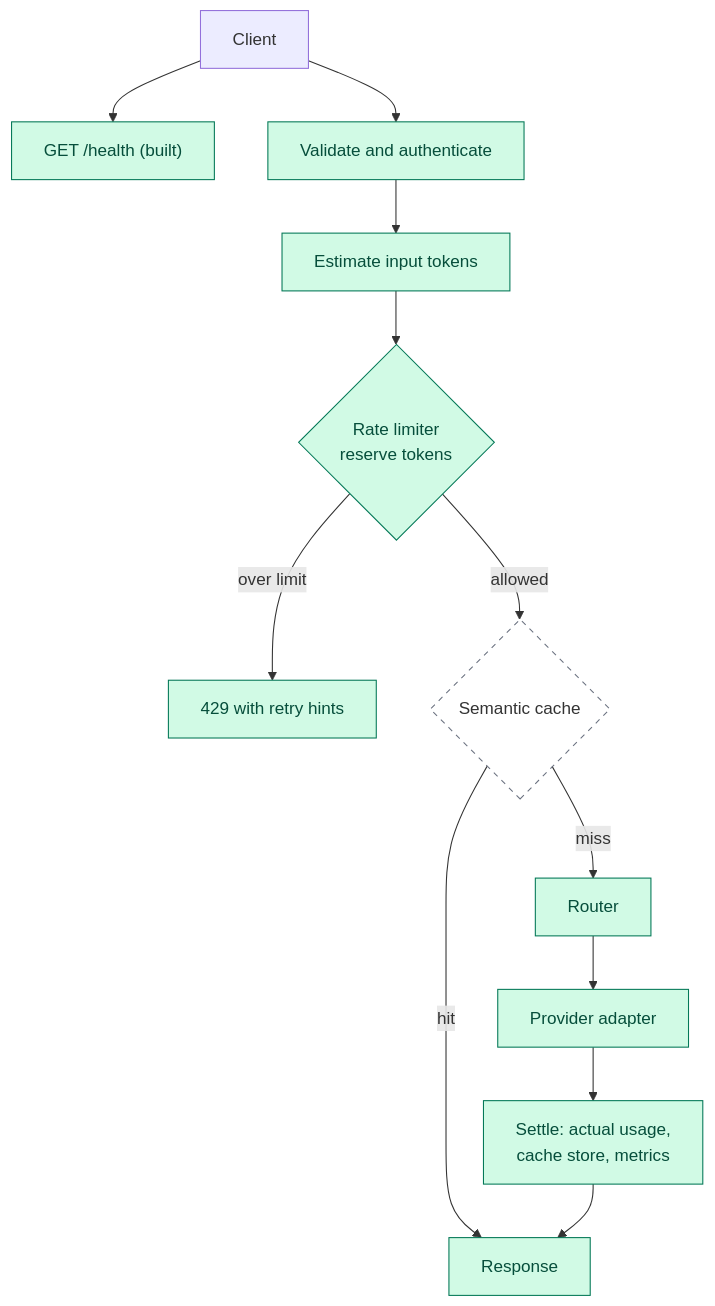
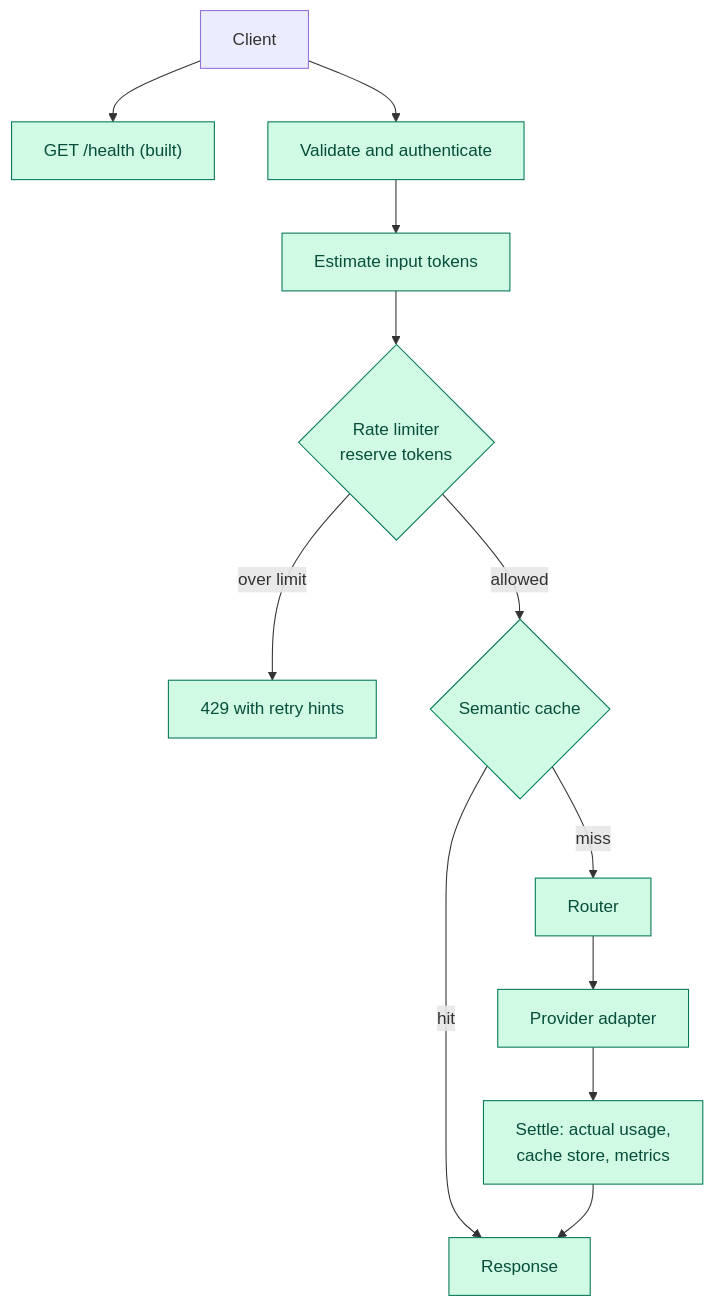
One commit to apoorvrajdev/tollgate changed the diagram in README.md. Above: the diagram before and after it, drawn with Mermaid. The commit also changed other lines of this file, not shown here.

````diff
--- a/README.md
+++ b/README.md
@@ -56,19 +57,18 @@
 ```mermaid
 flowchart TB
   C[Client] --> H["GET /health (built)"]
   C --> V[Validate and authenticate]
   V --> E[Estimate input tokens]
   E --> RL{Rate limiter<br/>reserve tokens}
   RL -- over limit --> R429[429 with retry hints]
   RL -- allowed --> SC{Semantic cache}
   SC -- hit --> RESP[Response]
   SC -- miss --> RT[Router]
   RT --> P[Provider adapter]
   P --> ST[Settle: actual usage,<br/>cache store, metrics]
   ST --> RESP
 
   classDef built fill:#d1fae5,stroke:#047857,color:#064e3b
   classDef planned fill:none,stroke:#6b7280,stroke-dasharray: 5 5
-  class H,V,E,RL,R429,RESP,RT,P,ST built
-  class SC planned
+  class H,V,E,RL,R429,RESP,RT,P,ST,SC built
 ```
````
